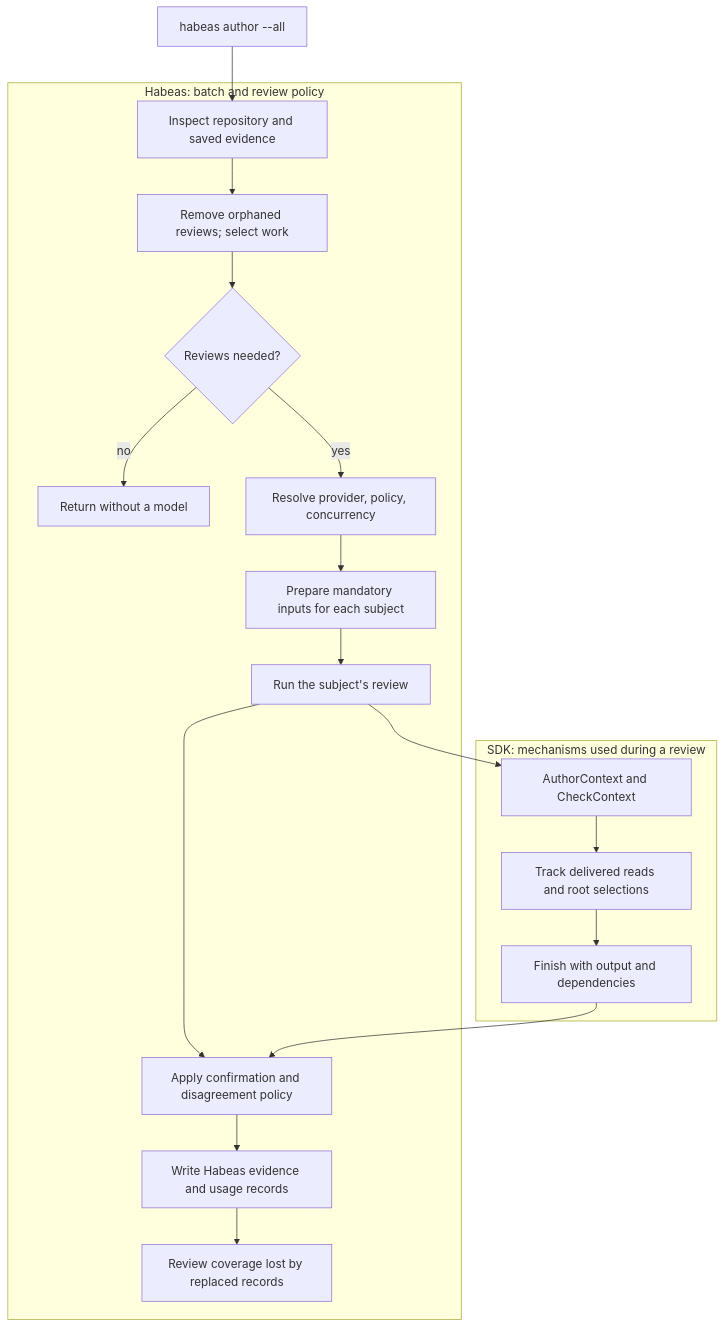
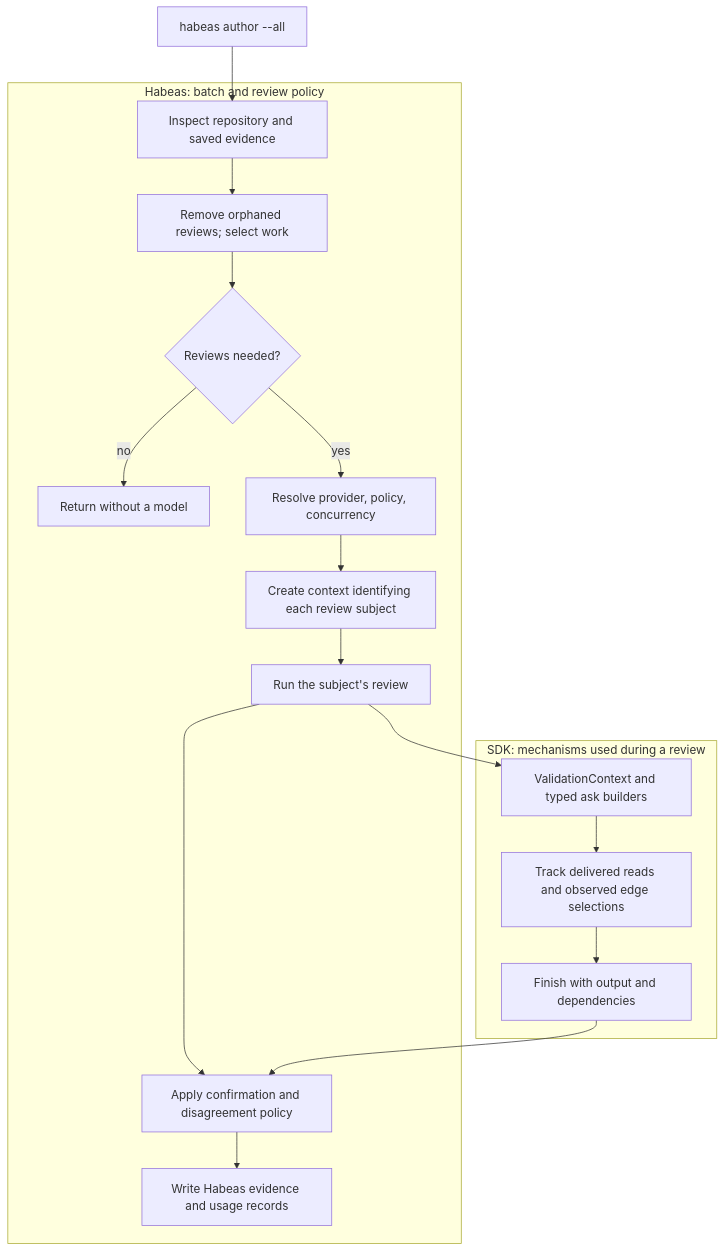
The first of 5 diagrams in md/requirements/sdk/habeas.md (nikomatsakis/habeas-codicem), drawn with Mermaid before and after one commit. The commit also changed other lines of this file and 11 other files, not shown here.

````diff
--- a/md/requirements/sdk/habeas.md
+++ b/md/requirements/sdk/habeas.md
@@ -18,21 +18,20 @@
 ```mermaid
 flowchart TD
     Start["habeas author --all"] --> Inspect
     subgraph Client["Habeas: batch and review policy"]
         Inspect["Inspect repository and saved evidence"] --> Select["Remove orphaned reviews; select work"]
         Select --> Needed{"Reviews needed?"}
         Needed -->|no| Done["Return without a model"]
         Needed -->|yes| Configure["Resolve provider, policy, concurrency"]
-        Configure --> Prepare["Prepare mandatory inputs for each subject"]
+        Configure --> Prepare["Create context identifying each review subject"]
         Prepare --> Run["Run the subject's review"]
         Run --> Confirm["Apply confirmation and disagreement policy"]
         Confirm --> Save["Write Habeas evidence and usage records"]
-        Save --> Coverage["Review coverage lost by replaced records"]
     end
     subgraph Core["SDK: mechanisms used during a review"]
-        Context["AuthorContext and CheckContext"] --> Trace["Track delivered reads and root selections"]
+        Context["ValidationContext and typed ask builders"] --> Trace["Track delivered reads and observed edge selections"]
         Trace --> Record["Finish with output and dependencies"]
     end
     Run --> Context
     Record --> Confirm
 ```
````
